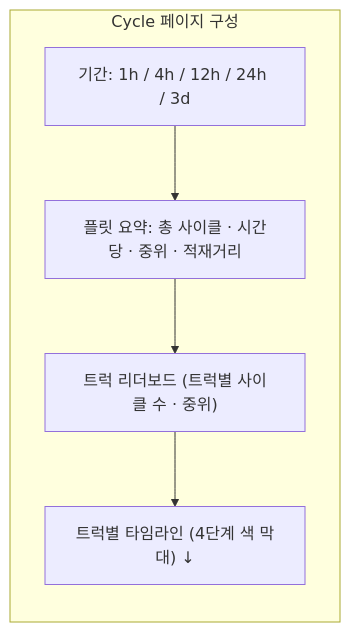
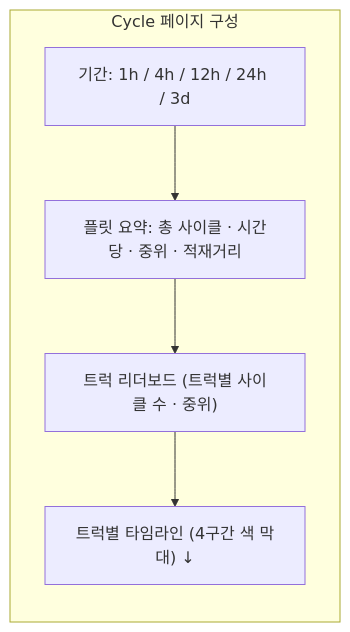
The first of 4 diagrams in docs-site/src/content/docs/dashboard/cycle.md (kimt86/tt-aiops-platform), drawn with Mermaid before and after one commit. The commit also changed other lines of this file and 18 other files, not shown here.

````diff
--- a/docs-site/src/content/docs/dashboard/cycle.md
+++ b/docs-site/src/content/docs/dashboard/cycle.md
@@ -10,11 +10,11 @@
 ```mermaid
 flowchart TB
   subgraph CY["Cycle 페이지 구성"]
     direction TB
     P["기간: 1h / 4h / 12h / 24h / 3d"]
     S["플릿 요약: 총 사이클 · 시간당 · 중위 · 적재거리"]
     L["트럭 리더보드 (트럭별 사이클 수 · 중위)"]
-    T["트럭별 타임라인 (4단계 색 막대) ↓"]
+    T["트럭별 타임라인 (4구간 색 막대) ↓"]
     P --> S --> L --> T
   end
 ```
````
